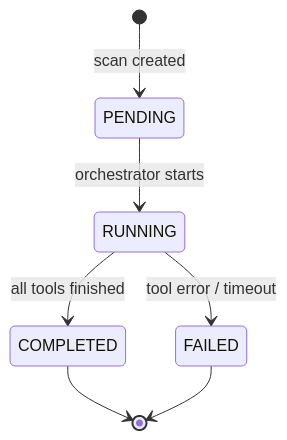
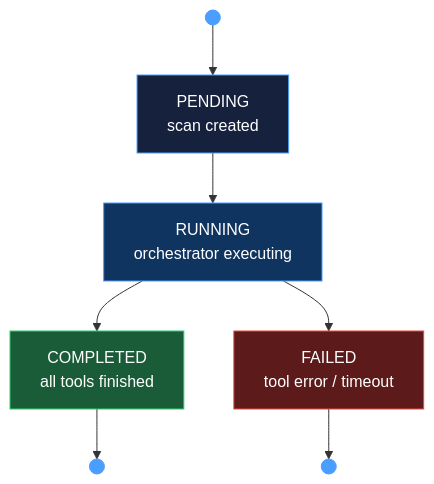
One commit to gvmmo/ThreatHunt changed the third of 3 diagrams in docs/architecture.md. Above: the diagram before and after it, drawn with Mermaid. The commit also changed other lines of this file, not shown here.

````diff
--- a/docs/architecture.md
+++ b/docs/architecture.md
@@ -124,9 +149,24 @@
 ```mermaid
-stateDiagram-v2
-    [*] --> PENDING : scan created
-    PENDING --> RUNNING : orchestrator starts
-    RUNNING --> COMPLETED : all tools finished
-    RUNNING --> FAILED : tool error / timeout
-    COMPLETED --> [*]
-    FAILED --> [*]
+flowchart TD
+    Start(( )) --> PENDING
+
+    PENDING["PENDING
+    scan created"] --> RUNNING
+
+    RUNNING["RUNNING
+    orchestrator executing"] --> COMPLETED
+    RUNNING --> FAILED
+
+    COMPLETED["COMPLETED
+    all tools finished"] --> End1(( ))
+    FAILED["FAILED
+    tool error / timeout"] --> End2(( ))
+
+    style Start fill:#4a9eff,stroke:#4a9eff
+    style End1 fill:#4a9eff,stroke:#4a9eff
+    style End2 fill:#4a9eff,stroke:#4a9eff
+    style PENDING fill:#16213e,stroke:#4a9eff,color:#fff
+    style RUNNING fill:#0f3460,stroke:#4a9eff,color:#fff
+    style COMPLETED fill:#1a5c38,stroke:#2ecc71,color:#fff
+    style FAILED fill:#5c1a1a,stroke:#e74c3c,color:#fff
 ```
````
